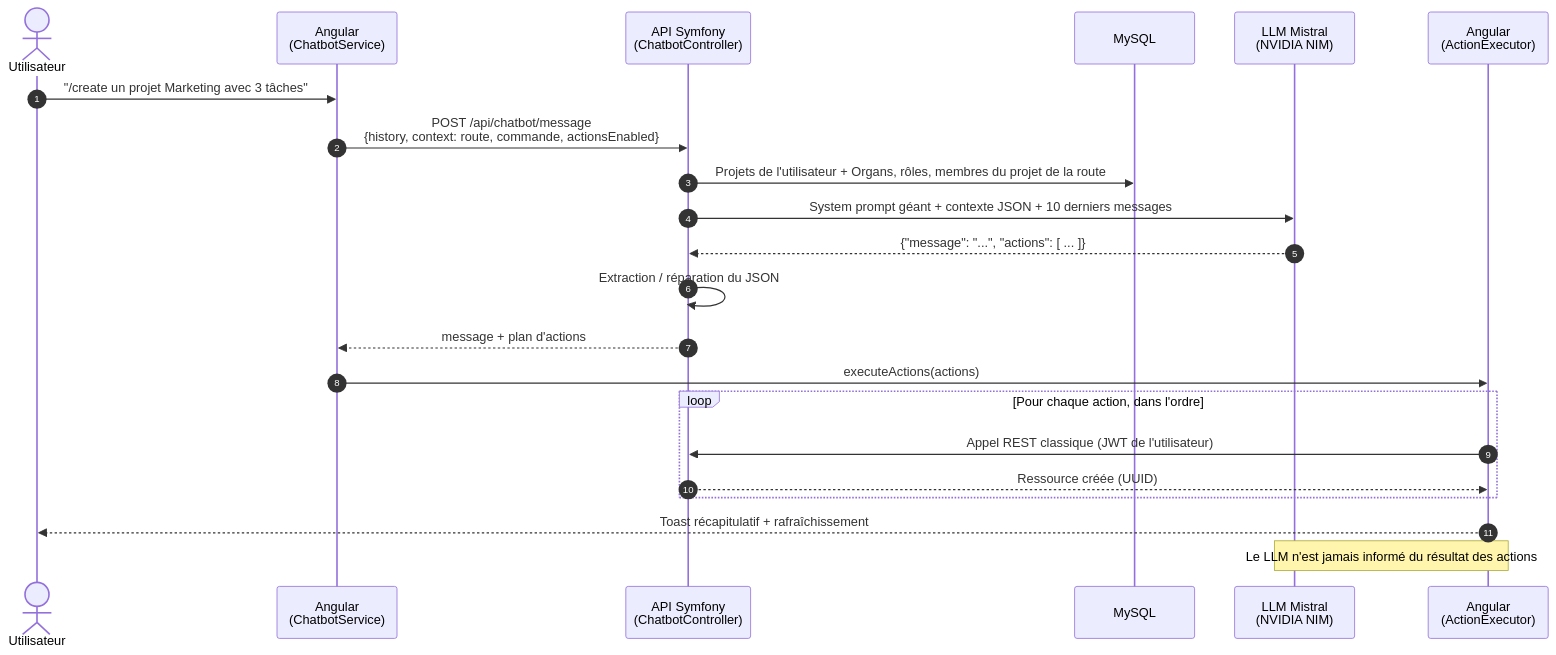
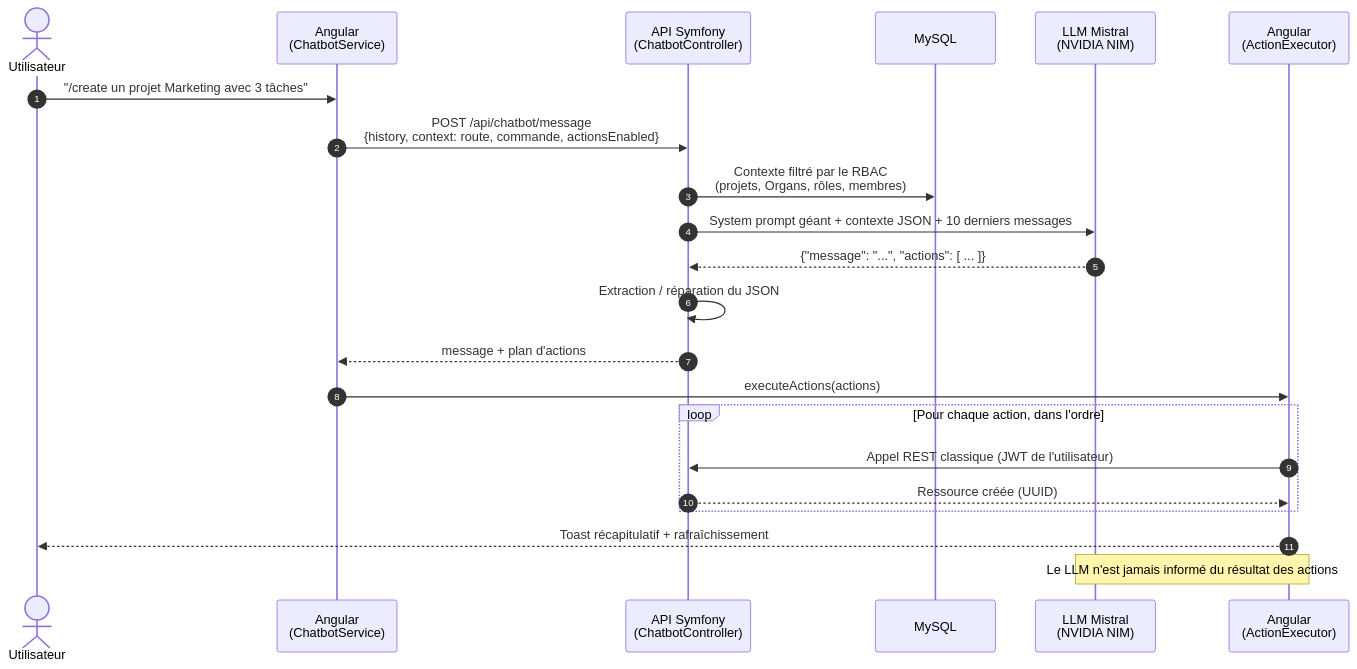
The second of 2 diagrams in README.fr.md (the-voxel-studio/organ), drawn with Mermaid before and after one commit. The commit also changed other lines of this file and 4 other files, not shown here.

````diff
--- a/README.fr.md
+++ b/README.fr.md
@@ -269,25 +269,25 @@
 ```mermaid
 sequenceDiagram
     autonumber
     actor U as Utilisateur
     participant F as Angular<br/>(ChatbotService)
     participant A as API Symfony<br/>(ChatbotController)
     participant DB as MySQL
     participant L as LLM Mistral<br/>(NVIDIA NIM)
     participant E as Angular<br/>(ActionExecutor)
 
     U->>F: "/create un projet Marketing avec 3 tâches"
     F->>A: POST /api/chatbot/message<br/>{history, context: route, commande, actionsEnabled}
-    A->>DB: Projets de l'utilisateur + Organs, rôles, membres du projet de la route
+    A->>DB: Contexte filtré par le RBAC<br/>(projets, Organs, rôles, membres)
     A->>L: System prompt géant + contexte JSON + 10 derniers messages
     L-->>A: {"message": "...", "actions": [ ... ]}
     A->>A: Extraction / réparation du JSON
     A-->>F: message + plan d'actions
     F->>E: executeActions(actions)
     loop Pour chaque action, dans l'ordre
         E->>A: Appel REST classique (JWT de l'utilisateur)
         A-->>E: Ressource créée (UUID)
     end
     E-->>U: Toast récapitulatif + rafraîchissement
     Note over L,E: Le LLM n'est jamais informé du résultat des actions
 ```
````
